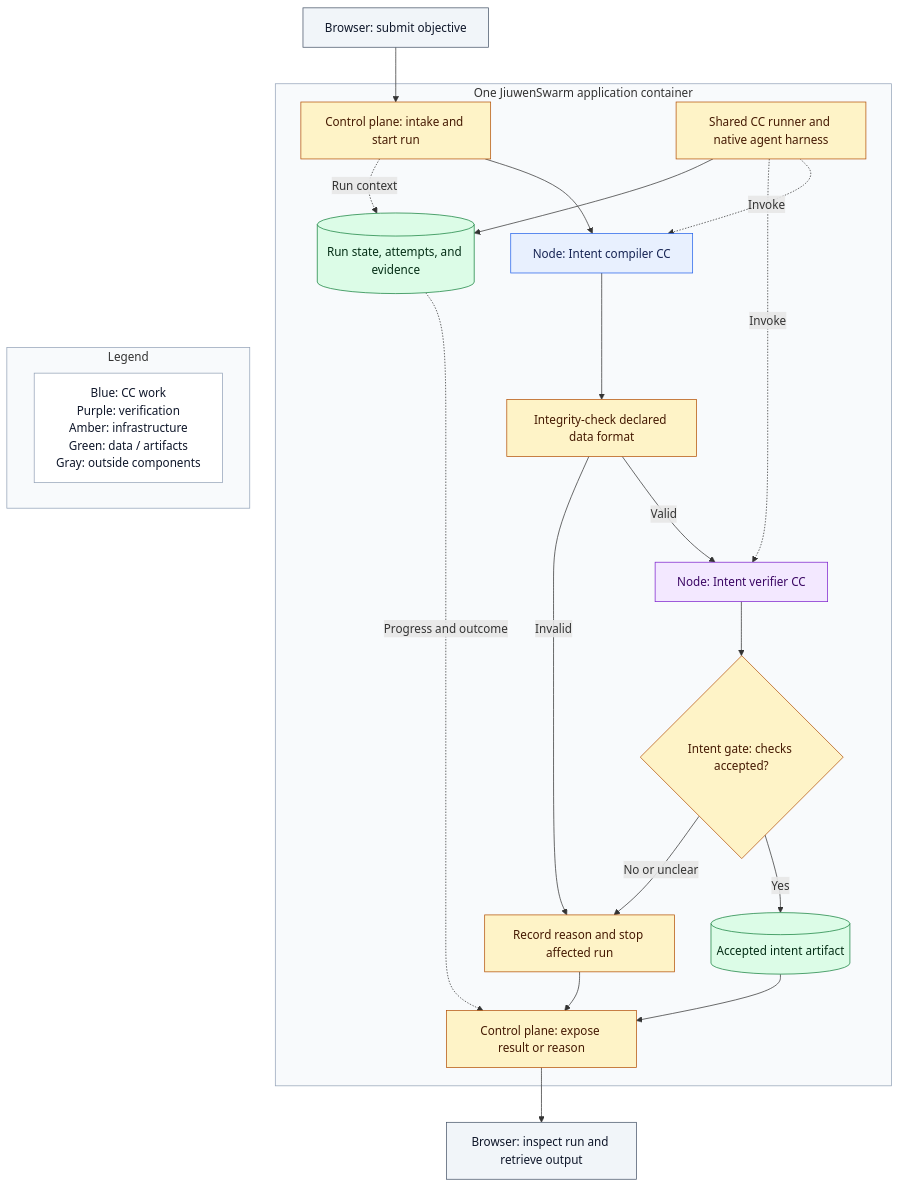
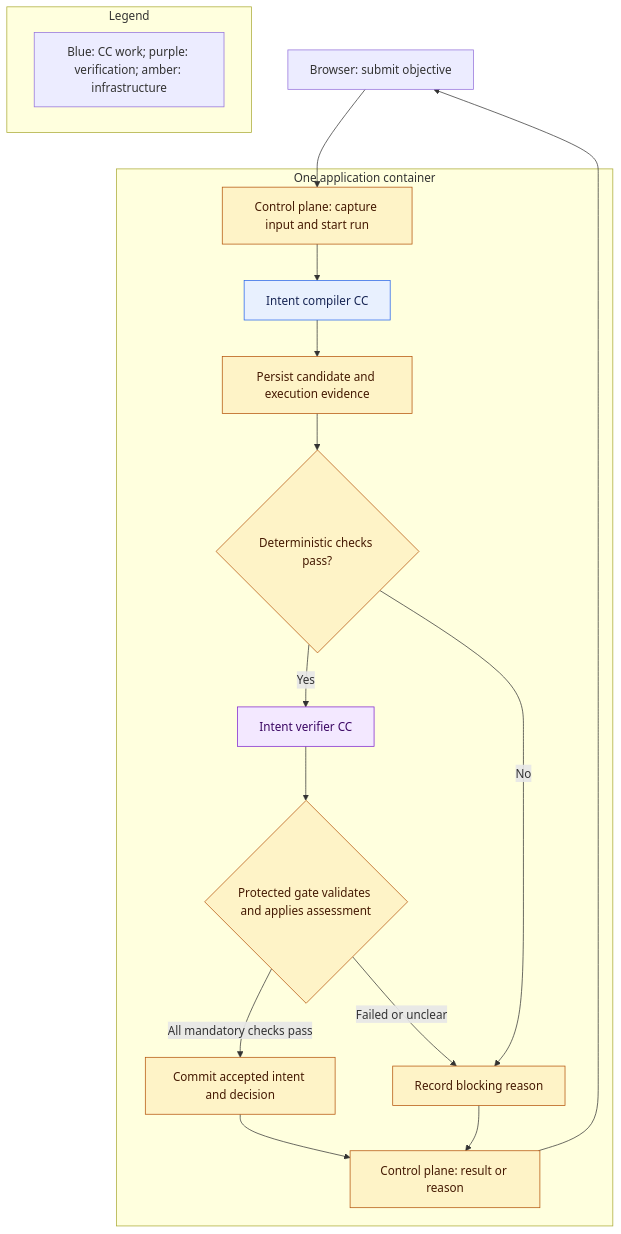
The diagram in docs/architecture/immediate-plan.md (Stellven/jiuwenswarm), drawn with Mermaid before and after one commit. The commit also changed other lines of this file and 12 other files, not shown here.

Commit message:
Prepare M1 architecture and intent-trial Spec Kit handoff

````diff
--- a/docs/architecture/immediate-plan.md
+++ b/docs/architecture/immediate-plan.md
@@ -15,45 +15,31 @@
 ```mermaid
 flowchart TB
     Browser[Browser: submit objective]
-    subgraph App[One JiuwenSwarm application container]
-        CP[Control plane: intake and start run]
-        Compiler[Node: Intent compiler CC]
-        Integrity[Integrity-check declared data format]
-        Verifier[Node: Intent verifier CC]
-        Gate{Intent gate: checks accepted?}
-        Accepted[(Accepted intent artifact)]
-        Stop[Record reason and stop affected run]
-        Transfer[Control plane: expose result or reason]
-        Runner[Shared CC runner and native agent harness]
-        Records[(Run state, attempts, and evidence)]
-        CP --> Compiler --> Integrity
-        Integrity -->|Valid| Verifier --> Gate
-        Integrity -->|Invalid| Stop
-        Gate -->|Yes| Accepted --> Transfer
-        Gate -->|No or unclear| Stop --> Transfer
-        Runner -.->|Invoke| Compiler
-        Runner -.->|Invoke| Verifier
-        Runner --> Records
-        CP -.->|Run context| Records
-        Records -.->|Progress and outcome| Transfer
+    subgraph App[One application container]
+        Intake[Control plane: capture input and start run]
+        Compiler[Intent compiler CC]
+        Capture[Persist candidate and execution evidence]
+        T1{Deterministic checks pass?}
+        Verifier[Intent verifier CC]
+        Gate{Protected gate validates and applies assessment}
+        Commit[Commit accepted intent and decision]
+        Halt[Record blocking reason]
+        View[Control plane: result or reason]
+        Intake --> Compiler --> Capture --> T1
+        T1 -->|Yes| Verifier --> Gate
+        T1 -->|No| Halt
+        Gate -->|All mandatory checks pass| Commit --> View
+        Gate -->|Failed or unclear| Halt --> View
     end
-    Browser --> CP
-    Transfer --> View[Browser: inspect run and retrieve output]
+    Browser --> Intake
+    View --> Browser
     subgraph Legend[Legend]
-        LKey["Blue: CC work<br/>Purple: verification<br/>Amber: infrastructure<br/>Green: data / artifacts<br/>Gray: outside components"]
+        Key[Blue: CC work; purple: verification; amber: infrastructure]
     end
-    Records ~~~ Legend
     classDef work fill:#E8F0FE,stroke:#2563EB,color:#172554
     classDef verify fill:#F3E8FF,stroke:#7E22CE,color:#3B0764
     classDef control fill:#FEF3C7,stroke:#B45309,color:#451A03
-    classDef data fill:#DCFCE7,stroke:#15803D,color:#052E16
-    classDef outside fill:#F1F5F9,stroke:#475569,color:#0F172A
     class Compiler work
     class Verifier verify
-    class CP,Integrity,Gate,Stop,Transfer,Runner control
-    class Accepted,Records data
-    class Browser,View outside
-    style App fill:#F8FAFC,stroke:#94A3B8
-    style Legend fill:#F8FAFC,stroke:#94A3B8
-    style LKey fill:#FFFFFF,stroke:#94A3B8,color:#0F172A
+    class Intake,Capture,T1,Gate,Commit,Halt,View control
 ```
````
